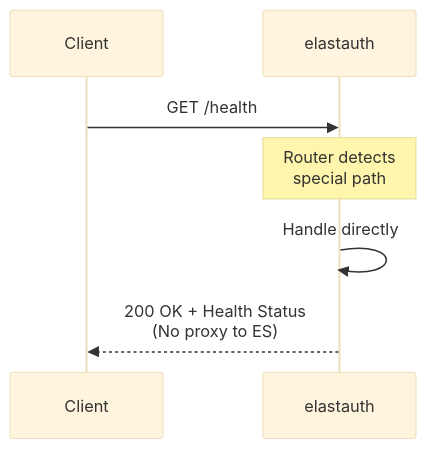
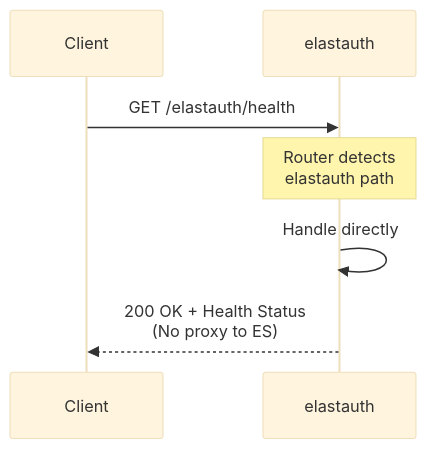
Before and after one commit to wasilak/elastauth: the fourth of 5 diagrams in docs/src/content/docs/architecture/proxy-mode.md, drawn with Mermaid (base theme). The commit also changed other lines of this file and 3 other files, not shown here.

````diff
--- a/docs/src/content/docs/architecture/proxy-mode.md
+++ b/docs/src/content/docs/architecture/proxy-mode.md
@@ -73,11 +73,11 @@
 ```mermaid
 sequenceDiagram
     participant C as Client
     participant E as elastauth
     
-    C->>E: GET /health
+    C->>E: GET /elastauth/health
     
-    Note over E: Router detects<br/>special path
+    Note over E: Router detects<br/>elastauth path
     E->>E: Handle directly
     E-->>C: 200 OK + Health Status<br/>(No proxy to ES)
 ```
````
